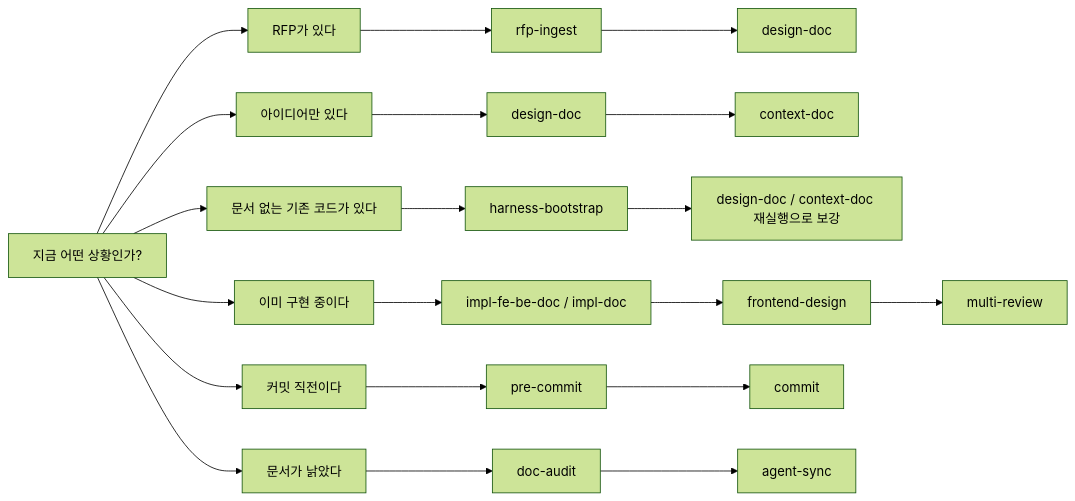
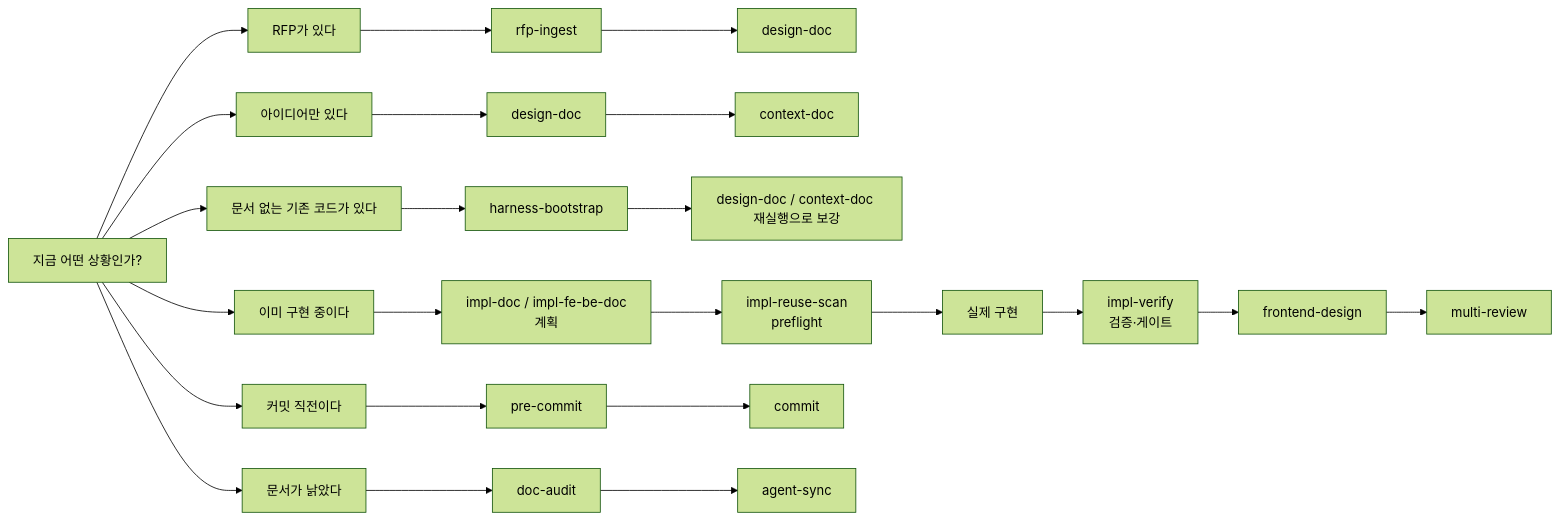
One commit to hb9397/AI_Agent_docs changed the fourth of 8 diagrams in Harness_Engineering_Intro.md. Above: the diagram before and after it, drawn with Mermaid (forest theme). The commit also changed other lines of this file and 2 other files, not shown here.

First line of the commit message:
docs(harness-docs): impl 패밀리 4종 확장 반영 — 구조 문서

````diff
--- a/Harness_Engineering_Intro.md
+++ b/Harness_Engineering_Intro.md
@@ -190,28 +192,31 @@
 ```mermaid
 flowchart LR
     A["지금 어떤 상황인가?"] --> B["RFP가 있다"]
     A --> C["아이디어만 있다"]
     A --> G["문서 없는 기존 코드가 있다"]
     A --> D["이미 구현 중이다"]
     A --> E["커밋 직전이다"]
     A --> F["문서가 낡았다"]
 
     B --> B1["rfp-ingest"]
     B1 --> B2["design-doc"]
 
     C --> C1["design-doc"]
     C1 --> C2["context-doc"]
 
     G --> G1["harness-bootstrap"]
     G1 --> G2["design-doc / context-doc 재실행으로 보강"]
 
-    D --> D1["impl-fe-be-doc / impl-doc"]
-    D1 --> D2["frontend-design"]
+    D --> D1["impl-doc / impl-fe-be-doc<br/>계획"]
+    D1 --> D1a["impl-reuse-scan<br/>preflight"]
+    D1a --> D1b["실제 구현"]
+    D1b --> D1c["impl-verify<br/>검증·게이트"]
+    D1c --> D2["frontend-design"]
     D2 --> D3["multi-review"]
 
     E --> E1["pre-commit"]
     E1 --> E2["commit"]
 
     F --> F1["doc-audit"]
     F1 --> F2["agent-sync"]
 ```
````
